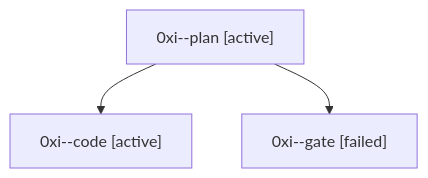
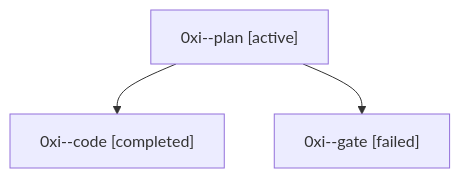
One commit to bobs-org/bob-cli--agents changed the diagram in sessions/bbugyi200.athena.0xi.md. Above: the diagram before and after it, drawn with Mermaid. The commit also changed other lines of this file and 16 other files, not shown here.

````diff
--- a/sessions/bbugyi200.athena.0xi.md
+++ b/sessions/bbugyi200.athena.0xi.md
@@ -9,8 +9,8 @@
 ```mermaid
 flowchart TD
   n0["0xi--plan [active]"]
-  n1["0xi--code [active]"]
+  n1["0xi--code [completed]"]
   n0 --> n1
   n2["0xi--gate [failed]"]
   n0 --> n2
 ```
````
